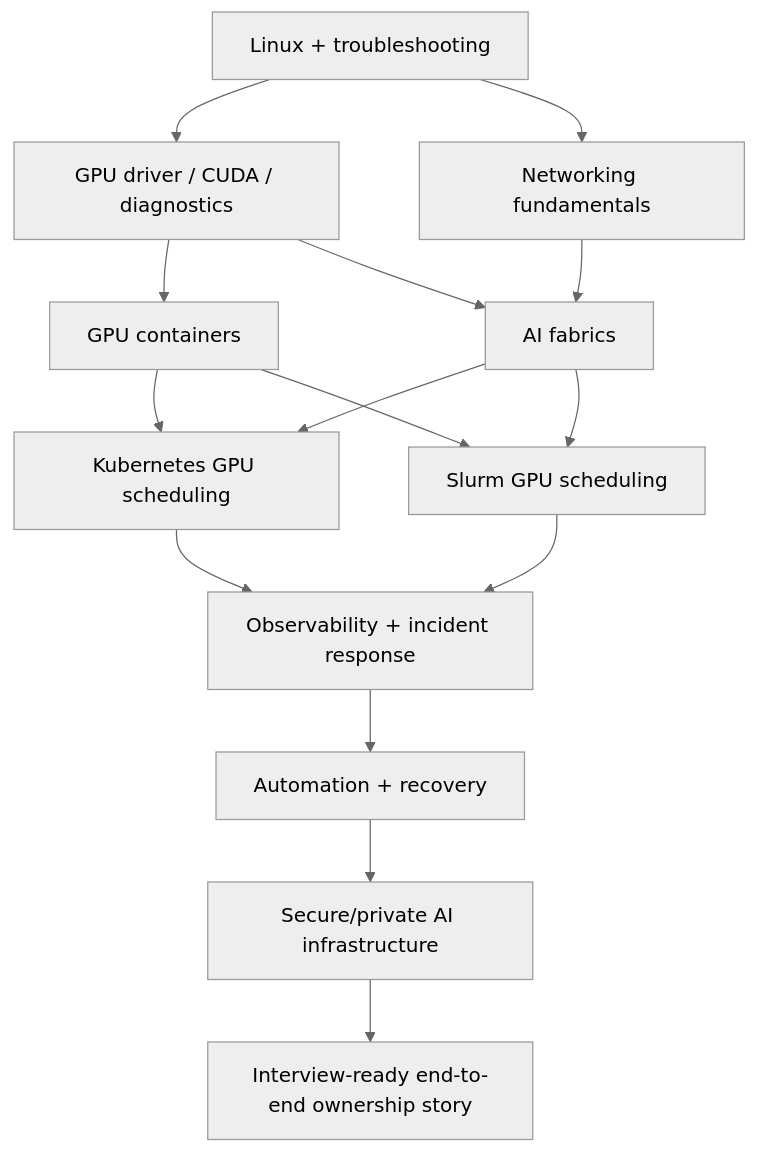
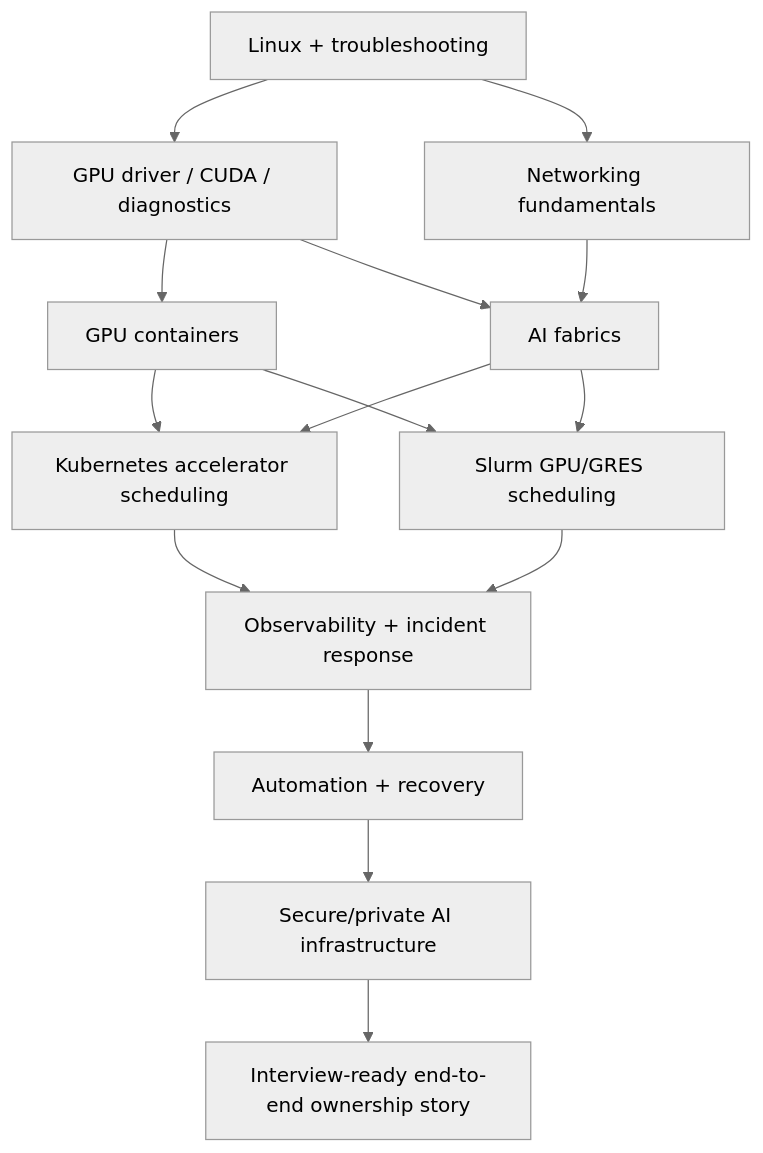
One commit to finknc01/Learning-Plan changed the second of 3 diagrams in roadmap/visual-roadmap.md. Above: the diagram before and after it, drawn with Mermaid (neutral theme). The commit also changed other lines of this file, not shown here.

Commit message:
Clarify hardware-conditional GPU milestones

````diff
--- a/roadmap/visual-roadmap.md
+++ b/roadmap/visual-roadmap.md
@@ -19,17 +19,17 @@
 ```mermaid
 flowchart TB
     L[Linux + troubleshooting] --> G[GPU driver / CUDA / diagnostics]
     L --> N[Networking fundamentals]
     G --> C[GPU containers]
     N --> F[AI fabrics]
     G --> F
-    C --> K[Kubernetes GPU scheduling]
-    C --> S[Slurm GPU scheduling]
+    C --> K[Kubernetes accelerator scheduling]
+    C --> S[Slurm GPU/GRES scheduling]
     F --> K
     F --> S
     K --> O[Observability + incident response]
     S --> O
     O --> A[Automation + recovery]
     A --> SEC[Secure/private AI infrastructure]
     SEC --> JOB[Interview-ready end-to-end ownership story]
 ```
````
